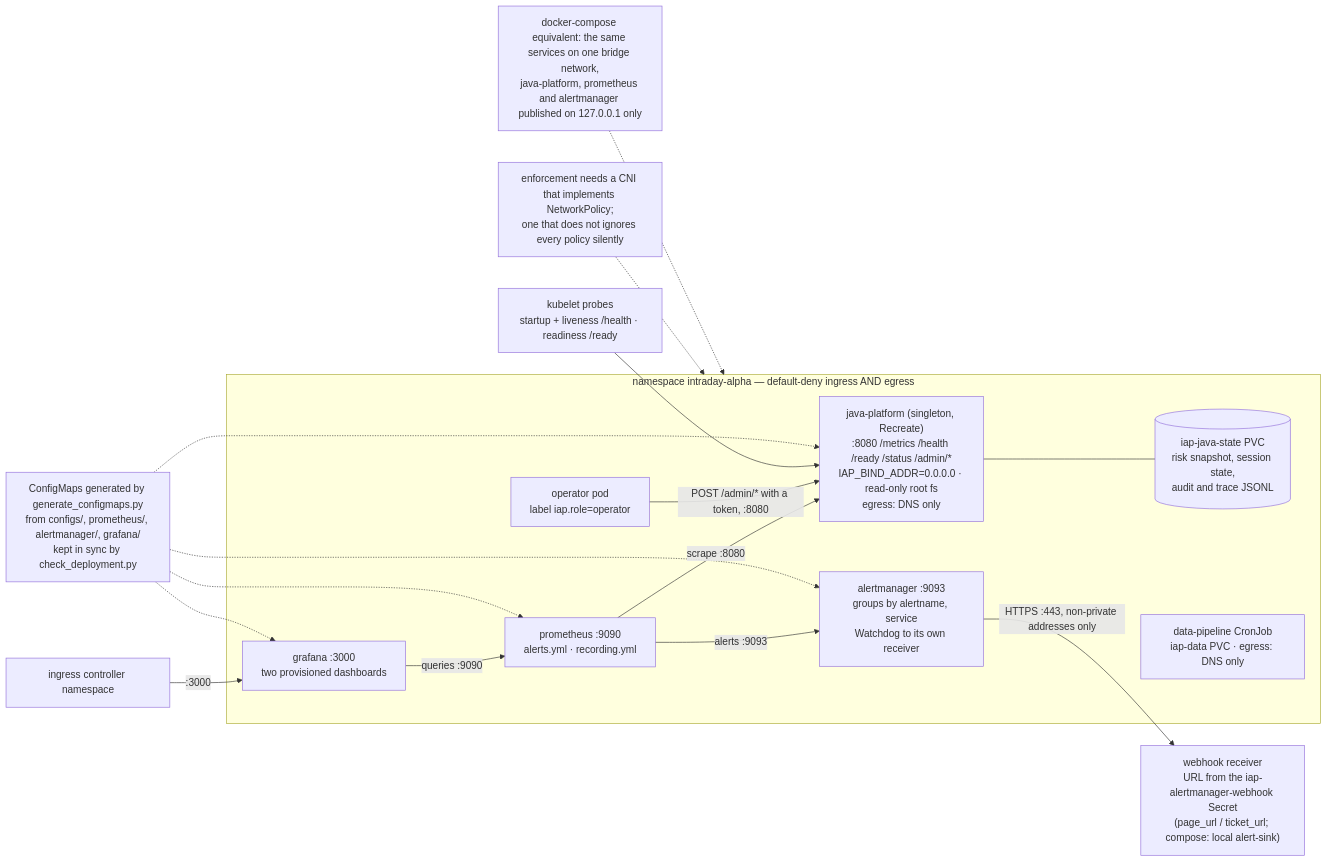
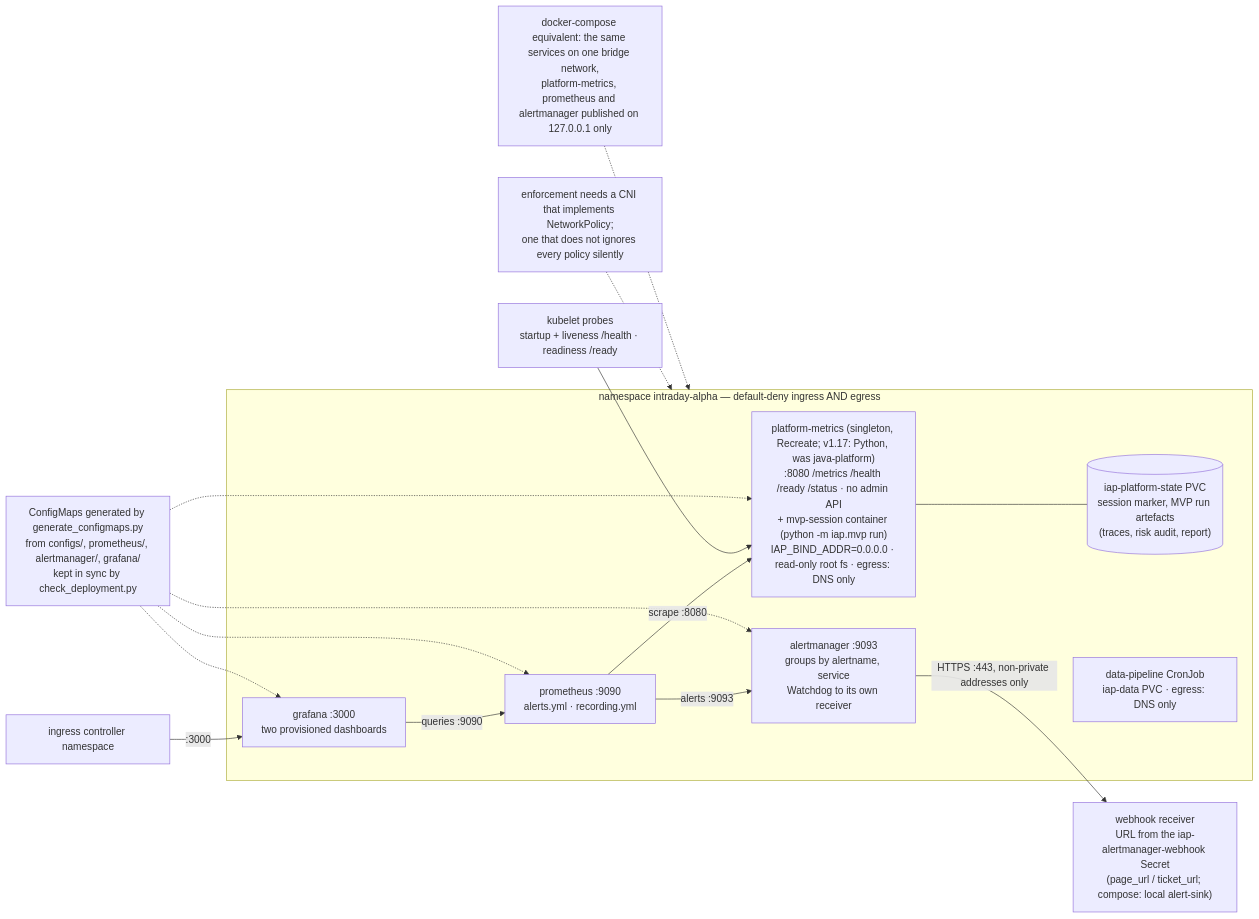
The diagram in docs/diagrams/deployment_topology.mmd (AshJha0/intraday-alpha-platform), drawn with Mermaid before and after one commit. The commit also changed 51 other files, not shown here.

```diff
--- a/docs/diagrams/deployment_topology.mmd
+++ b/docs/diagrams/deployment_topology.mmd
@@ -1,25 +1,23 @@
 flowchart LR
     %% deployment/k8s as of v1.3.0: workloads, the flows the NetworkPolicies allow, alert delivery.
     subgraph NS["namespace intraday-alpha — default-deny ingress AND egress"]
-        JP["java-platform (singleton, Recreate)<br/>:8080 /metrics /health /ready /status /admin/*<br/>IAP_BIND_ADDR=0.0.0.0 · read-only root fs<br/>egress: DNS only"]
-        PVC[("iap-java-state PVC<br/>risk snapshot, session state,<br/>audit and trace JSONL")]
+        JP["platform-metrics (singleton, Recreate; v1.17: Python, was java-platform)<br/>:8080 /metrics /health /ready /status · no admin API<br/>+ mvp-session container (python -m iap.mvp run)<br/>IAP_BIND_ADDR=0.0.0.0 · read-only root fs · egress: DNS only"]
+        PVC[("iap-platform-state PVC<br/>session marker, MVP run artefacts<br/>(traces, risk audit, report)")]
         PROM["prometheus :9090<br/>alerts.yml · recording.yml"]
         AM["alertmanager :9093<br/>groups by alertname, service<br/>Watchdog to its own receiver"]
         GRAF["grafana :3000<br/>two provisioned dashboards"]
         CRON["data-pipeline CronJob<br/>iap-data PVC · egress: DNS only"]
-        OPP["operator pod<br/>label iap.role=operator"]
     end
     JP --- PVC
     PROM -->|"scrape :8080"| JP
     PROM -->|"alerts :9093"| AM
     GRAF -->|"queries :9090"| PROM
-    OPP -->|"POST /admin/* with a token, :8080"| JP
     ING["ingress controller namespace"] -->|":3000"| GRAF
     AM -->|"HTTPS :443, non-private addresses only"| WH["webhook receiver<br/>URL from the iap-alertmanager-webhook Secret<br/>(page_url / ticket_url; compose: local alert-sink)"]
     KUBELET["kubelet probes<br/>startup + liveness /health · readiness /ready"] --> JP
     CM["ConfigMaps generated by generate_configmaps.py<br/>from configs/, prometheus/, alertmanager/, grafana/<br/>kept in sync by check_deployment.py"] -.-> JP
     CM -.-> PROM
     CM -.-> AM
     CM -.-> GRAF
     CNI["enforcement needs a CNI that implements NetworkPolicy;<br/>one that does not ignores every policy silently"] -.-> NS
-    COMPOSE["docker-compose equivalent: the same services on one bridge network,<br/>java-platform, prometheus and alertmanager published on 127.0.0.1 only"] -.-> NS
+    COMPOSE["docker-compose equivalent: the same services on one bridge network,<br/>platform-metrics, prometheus and alertmanager published on 127.0.0.1 only"] -.-> NS
```
